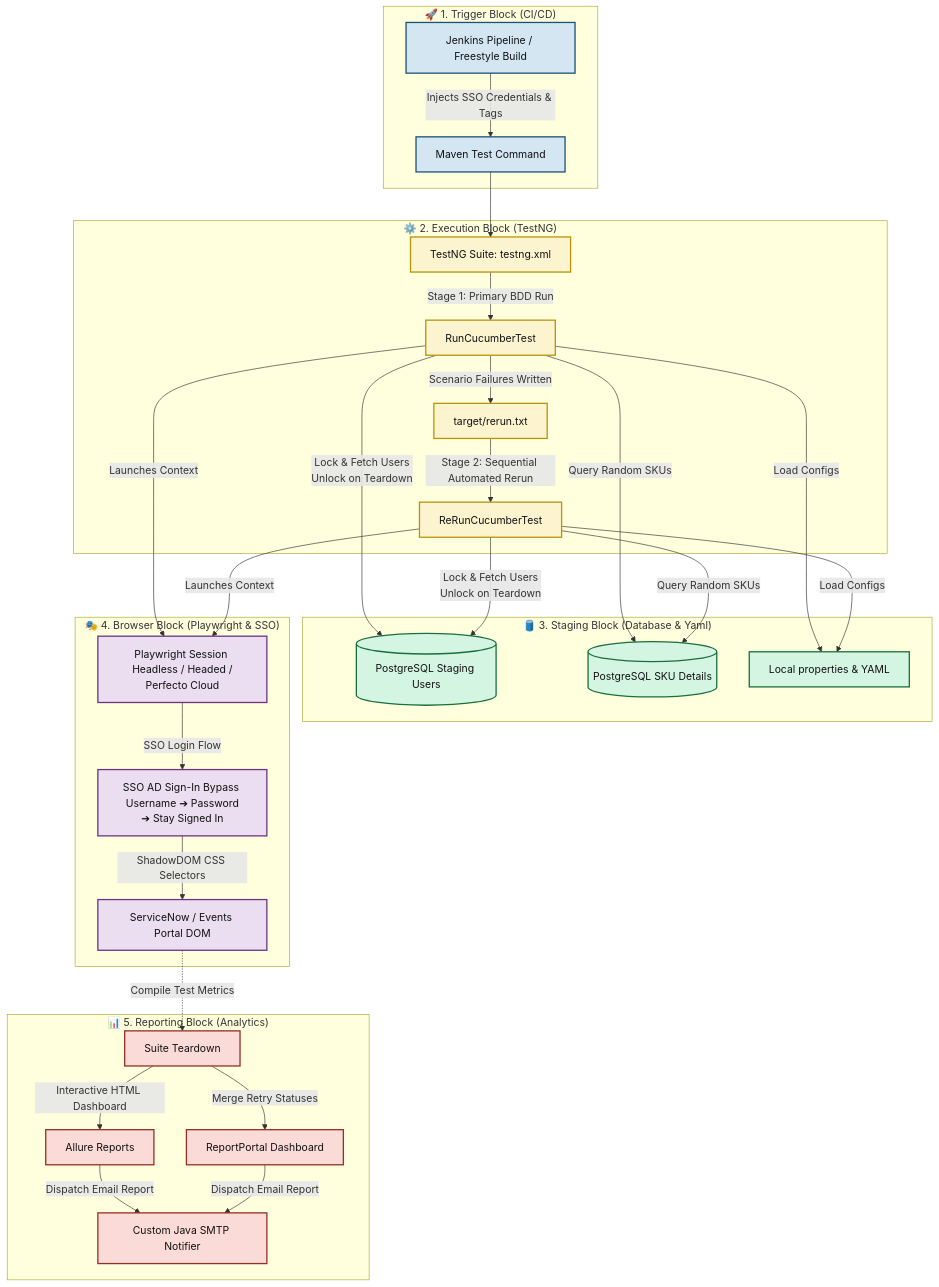
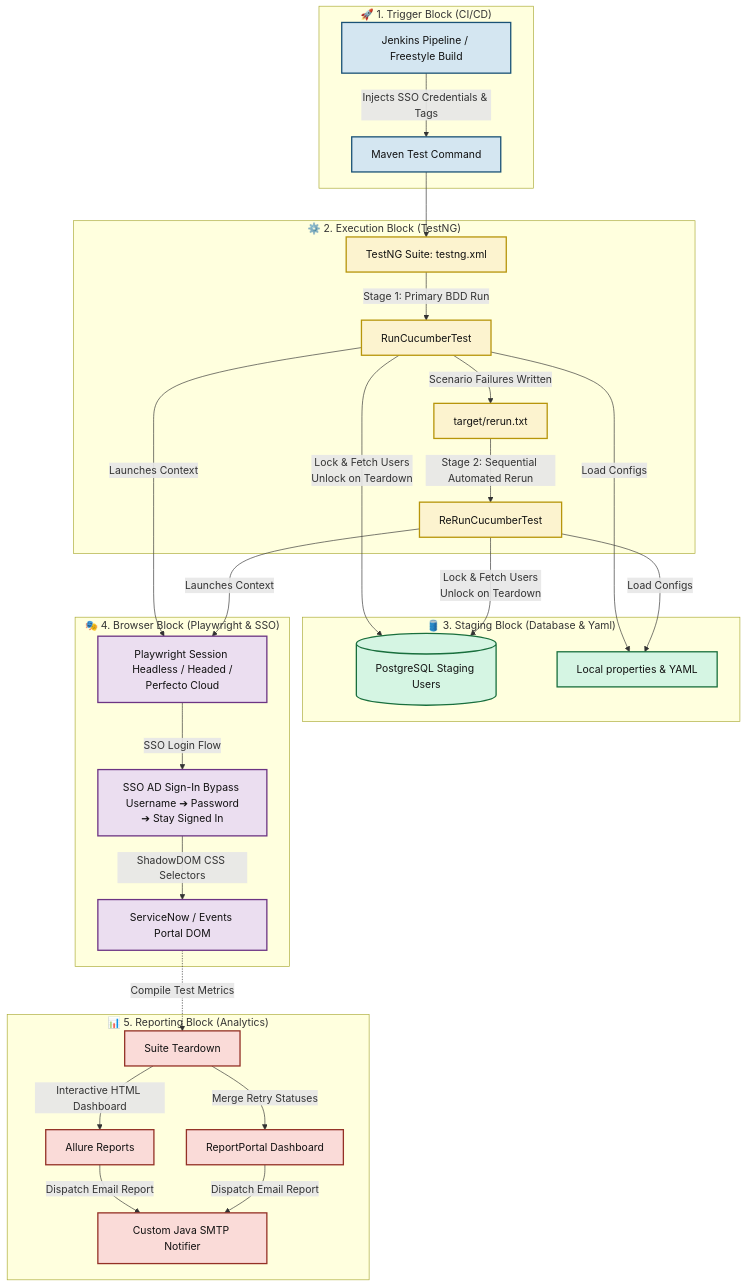
One commit to chhatbarjignesh/dbvi-enterprise-bdd-cucumber-playwright changed the second of 2 diagrams in FRAMEWORK_MAP.md. Above: the diagram before and after it, drawn with Mermaid. The commit also changed other lines of this file and 3 other files, not shown here.

````diff
--- a/FRAMEWORK_MAP.md
+++ b/FRAMEWORK_MAP.md
@@ -155,43 +155,42 @@
 ```mermaid
 graph TD
     classDef trigger fill:#D4E6F1,stroke:#1A5276,stroke-width:2px,color:#111;
     classDef runtime fill:#FCF3CF,stroke:#B7950B,stroke-width:2px,color:#111;
     classDef data fill:#D5F5E3,stroke:#196F3D,stroke-width:2px,color:#111;
     classDef engine fill:#EBDEF0,stroke:#6C3483,stroke-width:2px,color:#111;
     classDef reports fill:#FADBD8,stroke:#943126,stroke-width:2px,color:#111;
 
     subgraph Layer_1 ["🚀 1. Trigger Block (CI/CD)"]
         A[Jenkins Pipeline / Freestyle Build] -->|Injects SSO Credentials & Tags| B[Maven Test Command]
     end
     class A,B trigger;
 
     subgraph Layer_2 ["⚙️ 2. Execution Block (TestNG)"]
         B --> C[TestNG Suite: testng.xml]
         C -->|Stage 1: Primary BDD Run| D[RunCucumberTest]
         D -->|Scenario Failures Written| E[target/rerun.txt]
         E -->|Stage 2: Sequential Automated Rerun| F[ReRunCucumberTest]
     end
     class C,D,E,F runtime;
 
     subgraph Layer_3 ["🛢️ 3. Staging Block (Database & Yaml)"]
         D & F -->|Lock & Fetch Users <br/> Unlock on Teardown| G[(PostgreSQL Staging Users)]
-        D & F -->|Query Random SKUs| H[(PostgreSQL SKU Details)]
         D & F -->|Load Configs| I[Local properties & YAML]
     end
-    class G,H,I data;
+    class G,I data;
 
     subgraph Layer_4 ["🎭 4. Browser Block (Playwright & SSO)"]
         D & F -->|Launches Context| J[Playwright Session <br/> Headless / Headed / Perfecto Cloud]
         J -->|SSO Login Flow| K[SSO AD Sign-In Bypass <br/> Username ➔ Password ➔ Stay Signed In]
         K -->|ShadowDOM CSS Selectors| L[ServiceNow / Events Portal DOM]
     end
     class J,K,L engine;
 
     subgraph Layer_5 ["📊 5. Reporting Block (Analytics)"]
         L -.->|Compile Test Metrics| M[Suite Teardown]
         M -->|Interactive HTML Dashboard| N[Allure Reports]
         M -->|Merge Retry Statuses| O[ReportPortal Dashboard]
         N & O -->|Dispatch Email Report| P[Custom Java SMTP Notifier]
     end
     class M,N,O,P reports;
 ```
````
